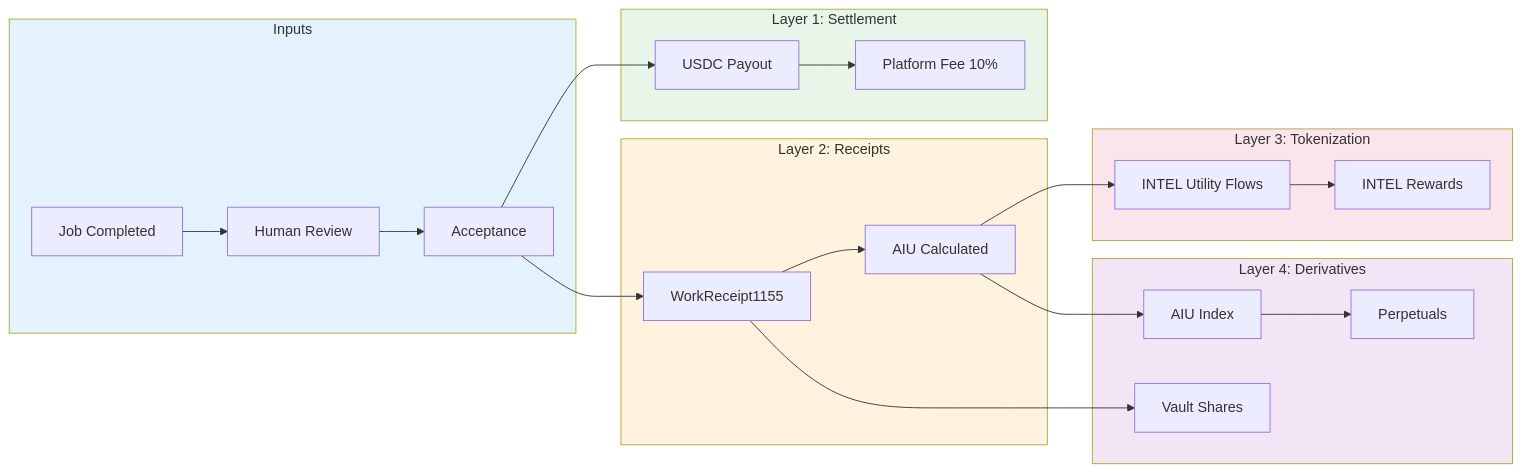
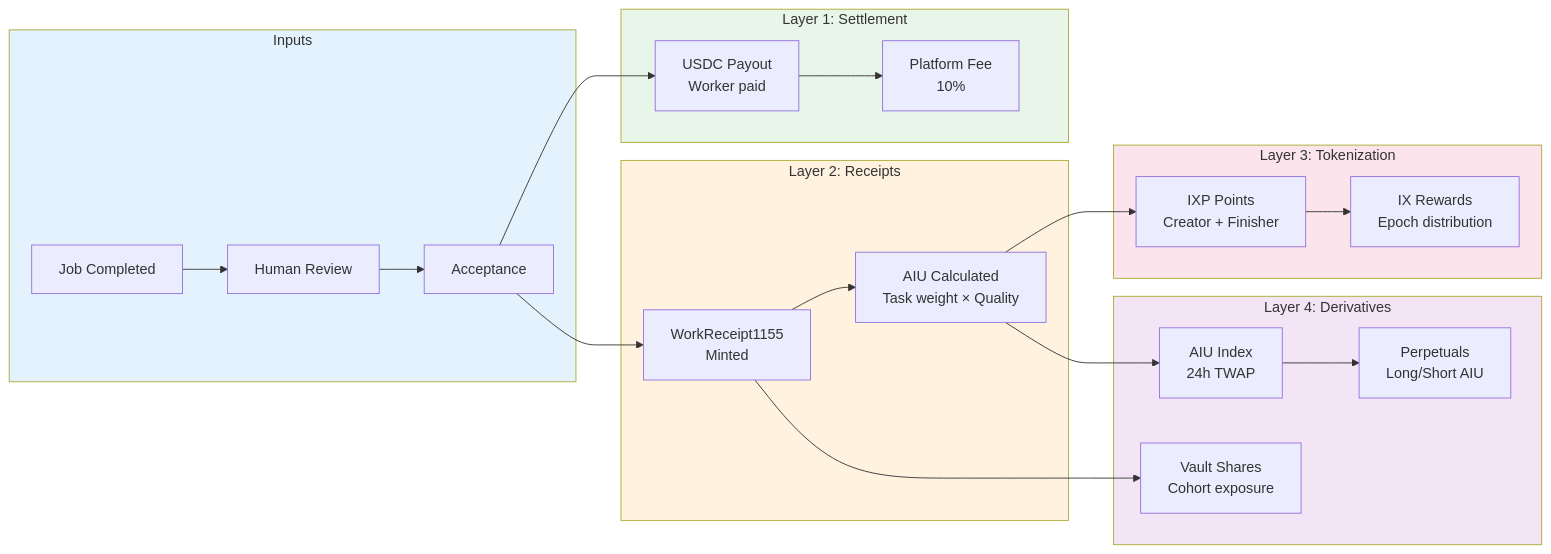
One commit to chimera-defi/ethglobal-cannes-2026-intelligence-exchange changed the second of 4 diagrams in docs/architecture/intelligence-derivatives-evolution.md. Above: the diagram before and after it, drawn with Mermaid. The commit also changed other lines of this file and 2 other files, not shown here.

First line of the commit message:
docs: add architecture diagrams for data flows and tokenization [Agent: Kimi Code CLI]

````diff
--- a/docs/architecture/intelligence-derivatives-evolution.md
+++ b/docs/architecture/intelligence-derivatives-evolution.md
@@ -56,42 +54,42 @@
 ```mermaid
 flowchart LR
     subgraph Inputs["Inputs"]
         Job["Job Completed"]
         Review["Human Review"]
         Accept["Acceptance"]
     end
 
     subgraph Layer1["Layer 1: Settlement"]
-        Stable["USDC Payout"]
-        Fee["Platform Fee 10%"]
+        Stable["USDC Payout<br/>Worker paid"]
+        Fee["Platform Fee<br/>10%"]
     end
 
     subgraph Layer2["Layer 2: Receipts"]
-        Receipt["WorkReceipt1155"]
-        AIU["AIU Calculated"]
+        Receipt["WorkReceipt1155<br/>Minted"]
+        AIU["AIU Calculated<br/>Task weight × Quality"]
     end
 
     subgraph Layer3["Layer 3: Tokenization"]
-        INTEL_FLOW["INTEL Utility Flows"]
-        INTEL_REWARDS["INTEL Rewards"]
+        IXP["IXP Points<br/>Creator + Finisher"]
+        IX["IX Rewards<br/>Epoch distribution"]
     end
 
     subgraph Layer4["Layer 4: Derivatives"]
-        Index["AIU Index"]
-        Perp["Perpetuals"]
-        Vault["Vault Shares"]
+        Index["AIU Index<br/>24h TWAP"]
+        Perp["Perpetuals<br/>Long/Short AIU"]
+        Vault["Vault Shares<br/>Cohort exposure"]
     end
 
     Job --> Review --> Accept
     Accept --> Stable --> Fee
     Accept --> Receipt --> AIU
-    AIU --> INTEL_FLOW --> INTEL_REWARDS
+    AIU --> IXP --> IX
     AIU --> Index --> Perp
     Receipt --> Vault
 
     style Inputs fill:#e3f2fd
     style Layer1 fill:#e8f5e9
     style Layer2 fill:#fff3e0
     style Layer3 fill:#fce4ec
     style Layer4 fill:#f3e5f5
 ```
````
